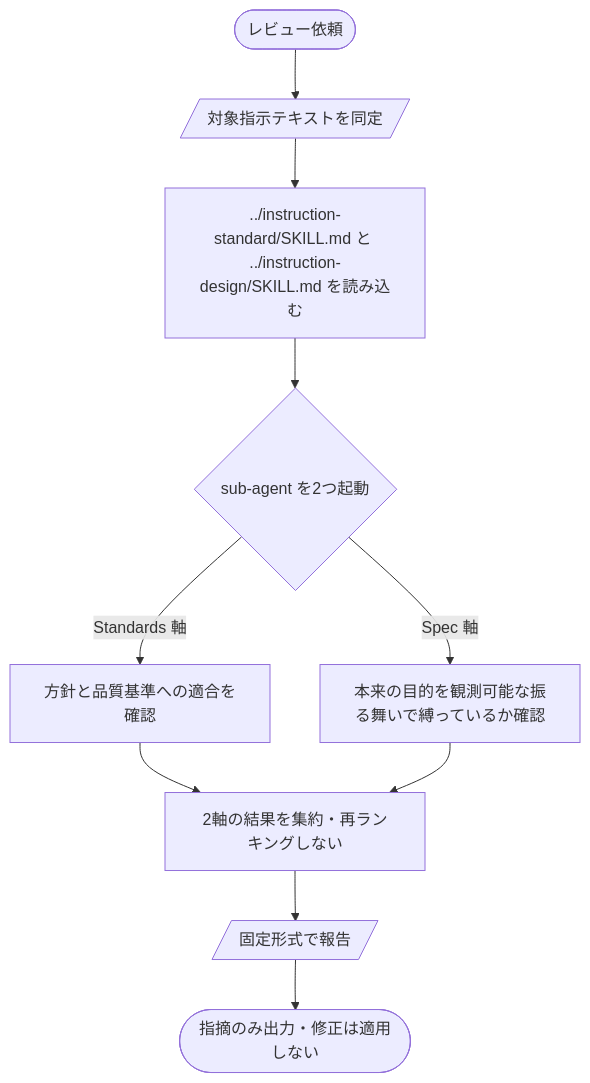
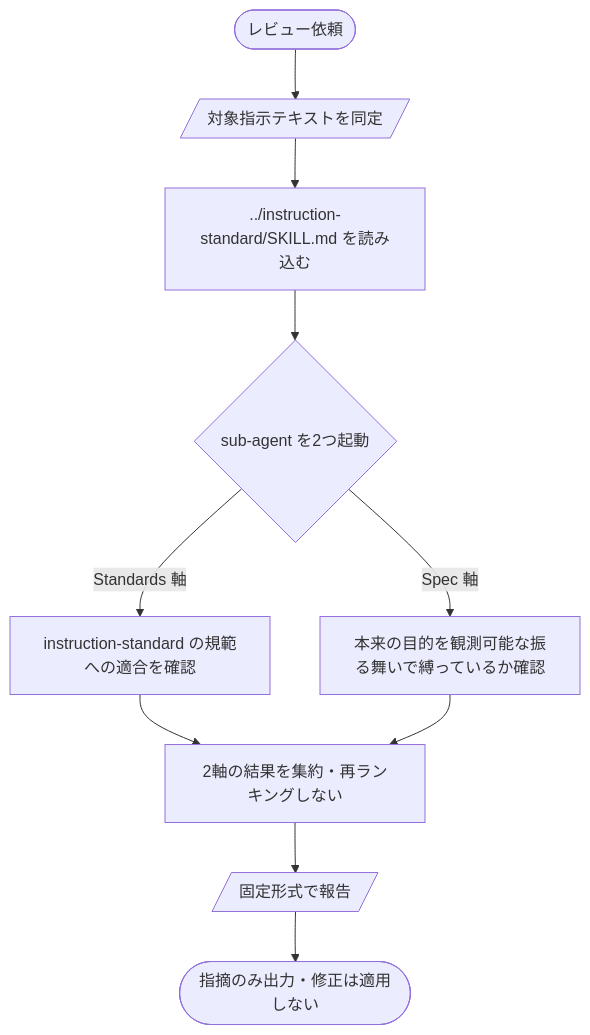
The diagram in dotfiles/.pi/agent/skills.exact/instruction-review/SKILL.md (CatBraaain/dotfiles), drawn with Mermaid before and after one commit. The commit also changed other lines of this file and 3 other files, not shown here.

Commit message:
docs(instruction): replace design skill with authoring workflow

````diff
--- a/dotfiles/.pi/agent/skills.exact/instruction-review/SKILL.md
+++ b/dotfiles/.pi/agent/skills.exact/instruction-review/SKILL.md
@@ -20,12 +20,12 @@
 ```mermaid
 flowchart TD
     Start([レビュー依頼]) --> Identify[/対象指示テキストを同定/]
-    Identify --> ReadFiles[../instruction-standard/SKILL.md と ../instruction-design/SKILL.md を読み込む]
+    Identify --> ReadFiles[../instruction-standard/SKILL.md を読み込む]
     ReadFiles --> Spawn{sub-agent を2つ起動}
-    Spawn -->|Standards 軸| Std[方針と品質基準への適合を確認]
+    Spawn -->|Standards 軸| Std[instruction-standard の規範への適合を確認]
     Spawn -->|Spec 軸| Spc[本来の目的を観測可能な振る舞いで縛っているか確認]
     Std --> Merge[2軸の結果を集約・再ランキングしない]
     Spc --> Merge
     Merge --> Report[/固定形式で報告/]
     Report --> End([指摘のみ出力・修正は適用しない])
 ```
````
